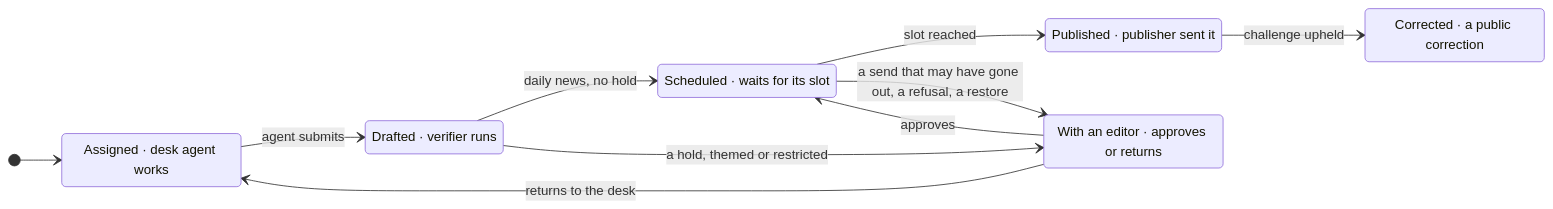
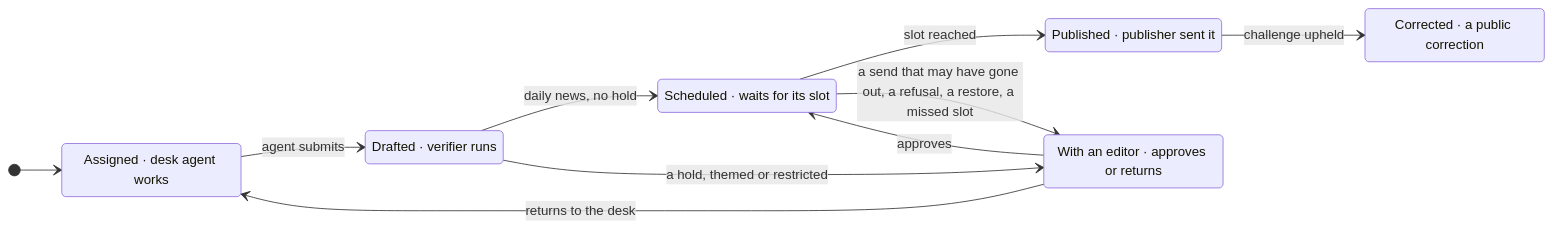
The second of 5 diagrams in docs/technical-design.md (mehrad77/AgenticNewsRoom), drawn with Mermaid before and after one commit. The commit also changed other lines of this file and 7 other files, not shown here.

````diff
--- a/docs/technical-design.md
+++ b/docs/technical-design.md
@@ -104,19 +125,19 @@
 ```mermaid
 stateDiagram-v2
   direction LR
   Assigned: Assigned · desk agent works
   Drafted: Drafted · verifier runs
   Scheduled: Scheduled · waits for its slot
   Published: Published · publisher sent it
   WithEditor: With an editor · approves or returns
   Corrected: Corrected · a public correction
   [*] --> Assigned
   Assigned --> Drafted: agent submits
   Drafted --> Scheduled: daily news, no hold
   Drafted --> WithEditor: a hold, themed or restricted
   WithEditor --> Scheduled: approves
   WithEditor --> Assigned: returns to the desk
   Scheduled --> Published: slot reached
-  Scheduled --> WithEditor: a send that may have gone out, a refusal, a restore
+  Scheduled --> WithEditor: a send that may have gone out, a refusal, a restore, a missed slot
   Published --> Corrected: challenge upheld
 ```
````
